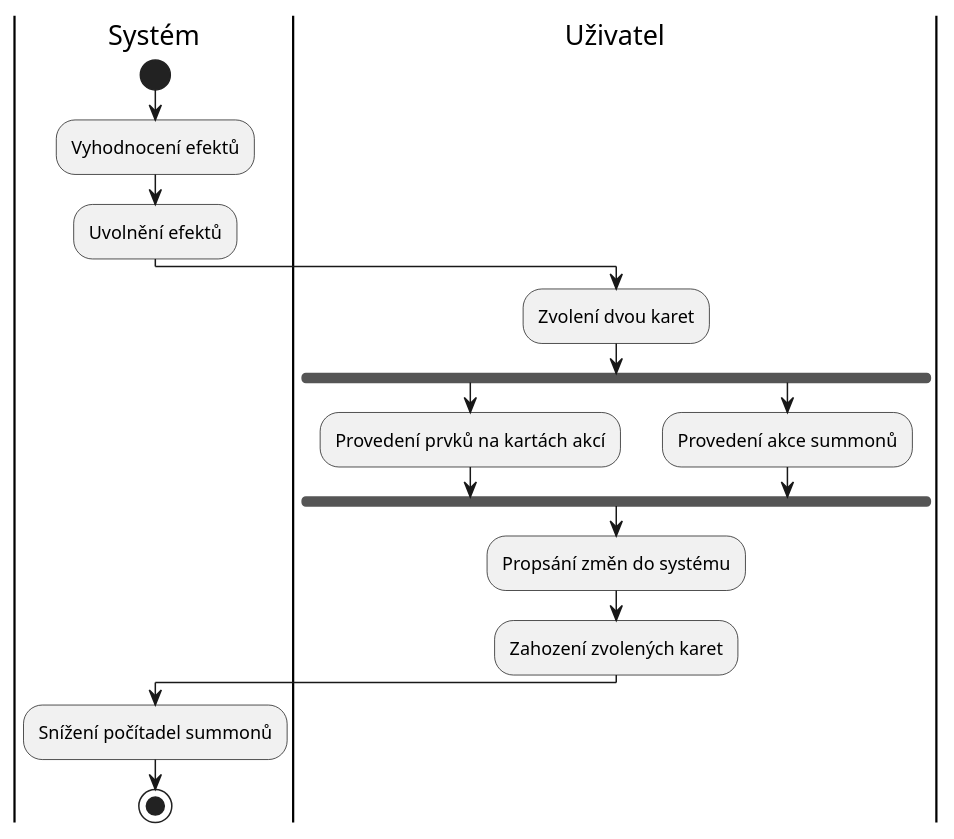
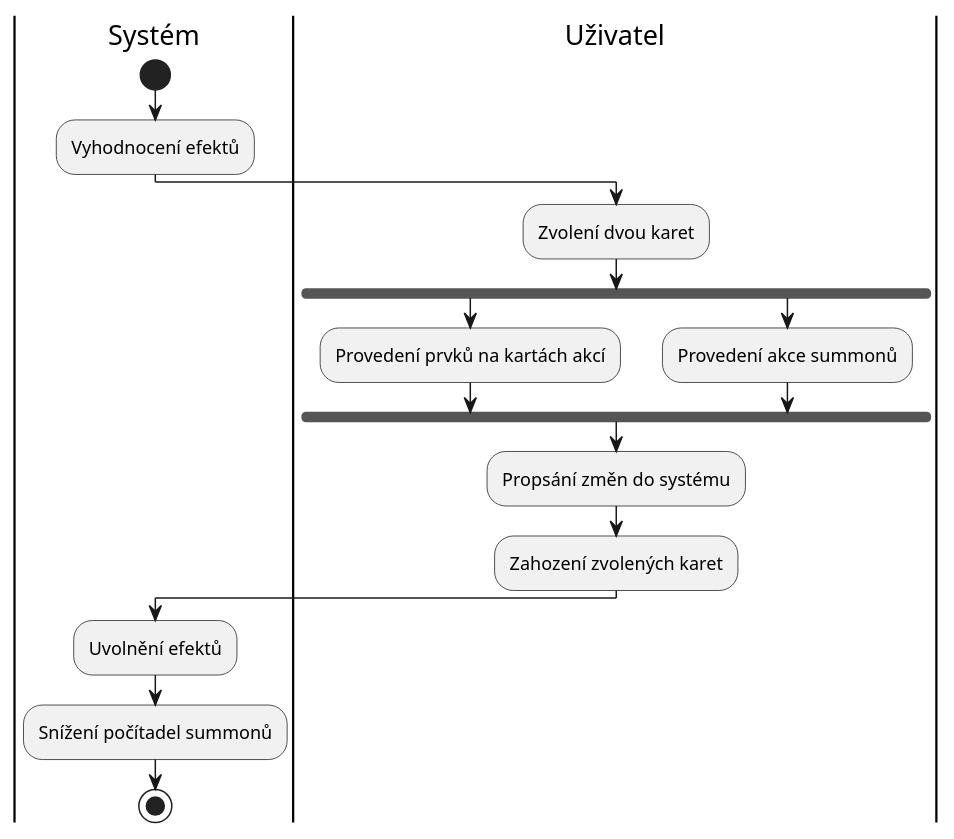
One commit to Trails-Through-Shadows/TTS-Thesis changed the diagram in kov0354/src/figures/diagrams/playerTurn.puml. Above: the diagram before and after it, drawn with PlantUML. The commit also changed other lines of this file and 11 other files, not shown here.

Commit message:
Database done lesgo and free diagrams for you lovely people

```diff
--- a/kov0354/src/figures/diagrams/playerTurn.puml
+++ b/kov0354/src/figures/diagrams/playerTurn.puml
@@ -1,22 +1,22 @@
 @startuml playerTurn
 |Systém|
 start
 
 :Vyhodnocení efektů;
-:Uvolnění efektů;
 
 |Uživatel|
 :Zvolení dvou karet;
 fork
   :Provedení prvků na kartách akcí;
 fork again
   :Provedení akce summonů;
 end fork
 :Propsání změn do systému;
 :Zahození zvolených karet;
 
 |Systém|
+:Uvolnění efektů;
 :Snížení počítadel summonů;
 
 stop
 @enduml
```
